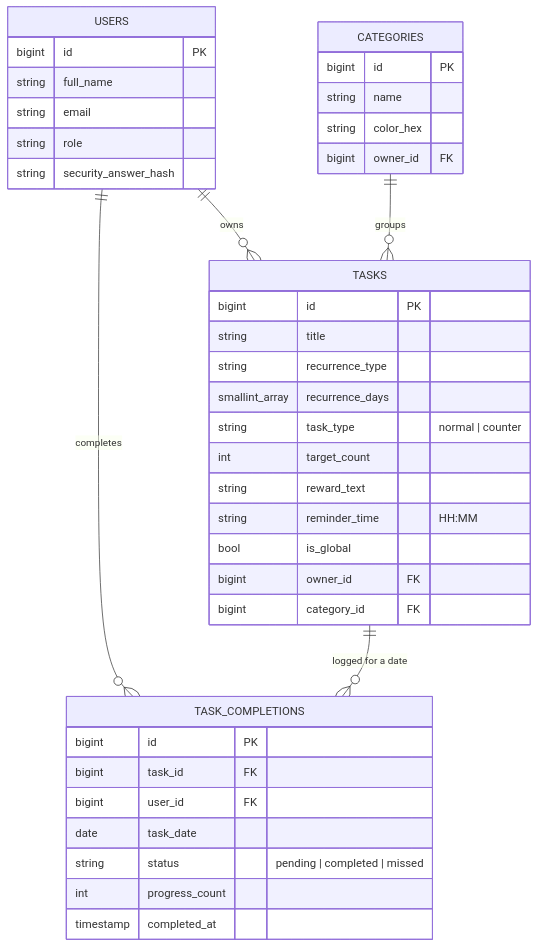
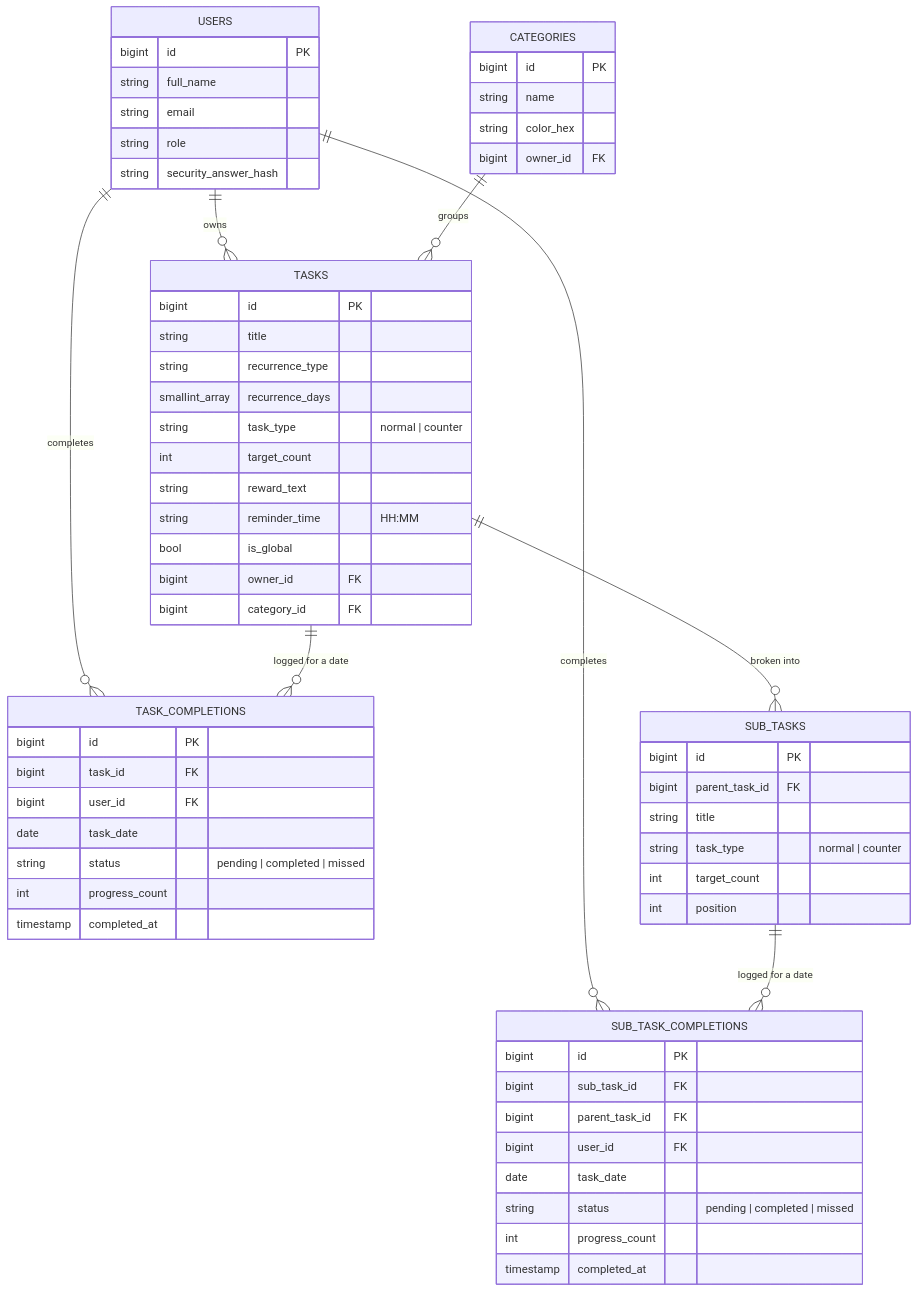
The second of 2 diagrams in README.md (Farhan0140/_Soul_Shield), drawn with Mermaid before and after one commit. The commit also changed other lines of this file, not shown here.

Commit message:
readme.md

````diff
--- a/README.md
+++ b/README.md
@@ -150,43 +157,64 @@
 ```mermaid
 erDiagram
     USERS ||--o{ TASKS : owns
     USERS ||--o{ TASK_COMPLETIONS : completes
+    USERS ||--o{ SUB_TASK_COMPLETIONS : completes
     CATEGORIES ||--o{ TASKS : groups
     TASKS ||--o{ TASK_COMPLETIONS : "logged for a date"
+    TASKS ||--o{ SUB_TASKS : "broken into"
+    SUB_TASKS ||--o{ SUB_TASK_COMPLETIONS : "logged for a date"
 
     USERS {
         bigint id PK
         string full_name
         string email
         string role
         string security_answer_hash
     }
     CATEGORIES {
         bigint id PK
         string name
         string color_hex
         bigint owner_id FK
     }
     TASKS {
         bigint id PK
         string title
         string recurrence_type
         smallint_array recurrence_days
         string task_type "normal | counter"
         int target_count
         string reward_text
         string reminder_time "HH:MM"
         bool is_global
         bigint owner_id FK
         bigint category_id FK
     }
     TASK_COMPLETIONS {
         bigint id PK
         bigint task_id FK
         bigint user_id FK
         date task_date
         string status "pending | completed | missed"
         int progress_count
         timestamp completed_at
     }
+    SUB_TASKS {
+        bigint id PK
+        bigint parent_task_id FK
+        string title
+        string task_type "normal | counter"
+        int target_count
+        int position
+    }
+    SUB_TASK_COMPLETIONS {
+        bigint id PK
+        bigint sub_task_id FK
+        bigint parent_task_id FK
+        bigint user_id FK
+        date task_date
+        string status "pending | completed | missed"
+        int progress_count
+        timestamp completed_at
+    }
 ```
````
